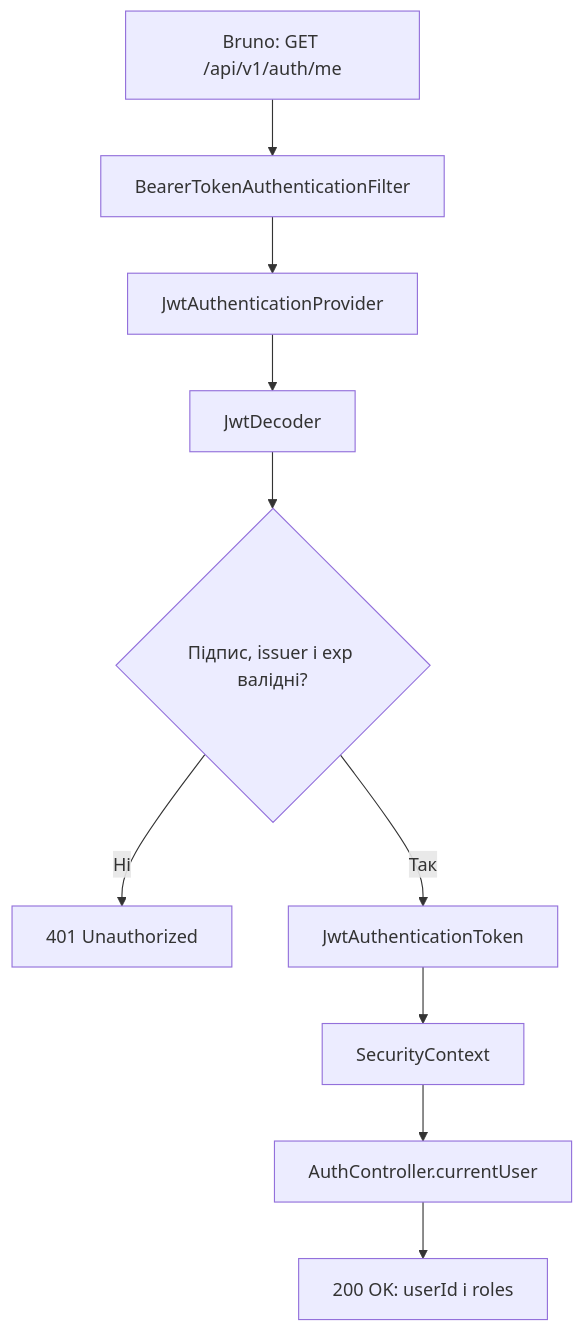
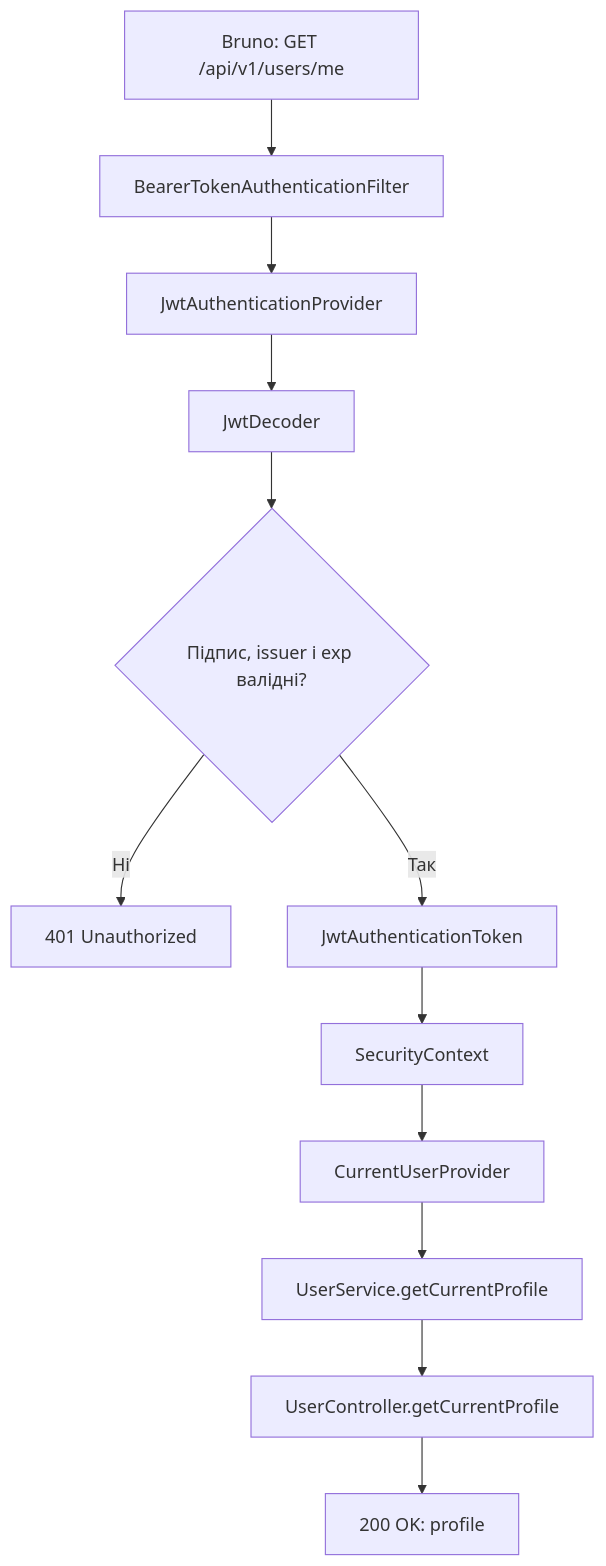
The diagram in VaultNote Atlas/content/JWT-аутентифікація-і-перевірка-доступу.md (a-b-kovalenko/vault-note), drawn with Mermaid before and after one commit. The commit also changed other lines of this file and 20 other files, not shown here.

Commit message:
refactor(auth): migrate authenticated profile flow

````diff
--- a/VaultNote Atlas/content/JWT-аутентифікація-і-перевірка-доступу.md
+++ b/VaultNote Atlas/content/JWT-аутентифікація-і-перевірка-доступу.md
@@ -119,12 +119,14 @@
 ```mermaid
 flowchart TD
-    A["Bruno: GET /api/v1/auth/me"] --> B["BearerTokenAuthenticationFilter"]
+    A["Bruno: GET /api/v1/users/me"] --> B["BearerTokenAuthenticationFilter"]
     B --> C["JwtAuthenticationProvider"]
     C --> D["JwtDecoder"]
     D --> E{"Підпис, issuer і exp валідні?"}
     E -->|Ні| F["401 Unauthorized"]
     E -->|Так| G["JwtAuthenticationToken"]
     G --> H["SecurityContext"]
-    H --> I["AuthController.currentUser"]
-    I --> J["200 OK: userId і roles"]
+    H --> I["CurrentUserProvider"]
+    I --> J["UserService.getCurrentProfile"]
+    J --> K["UserController.getCurrentProfile"]
+    K --> L["200 OK: profile"]
 ```
````
